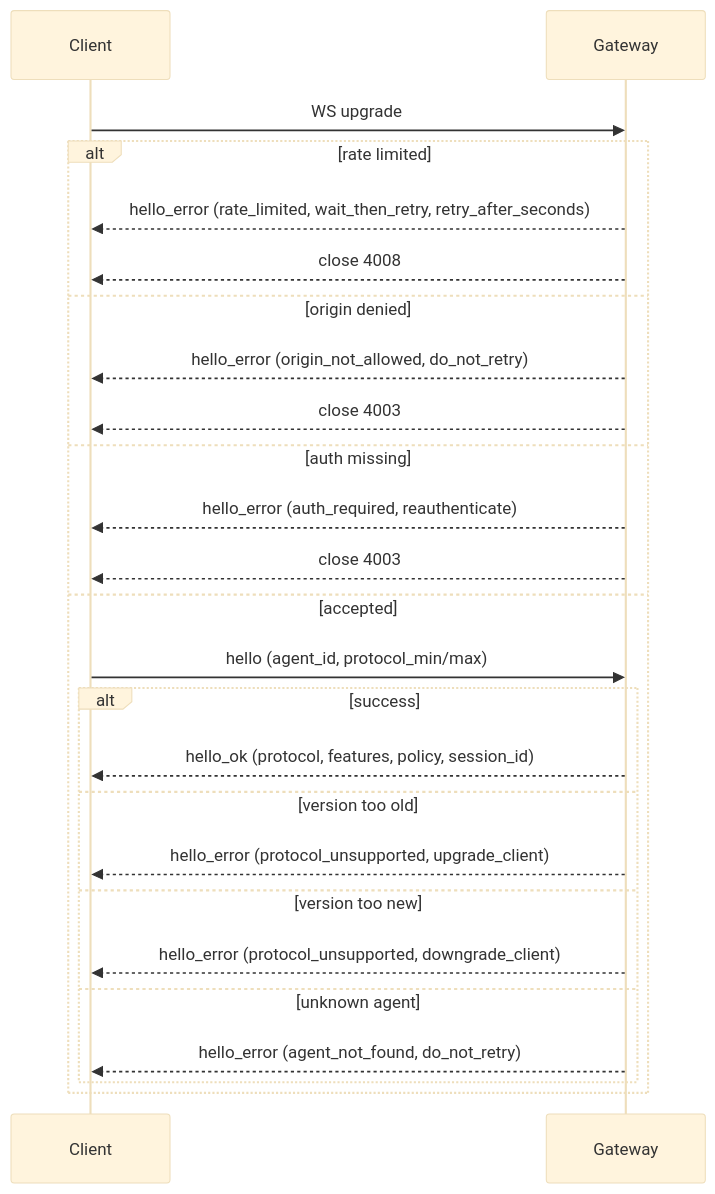
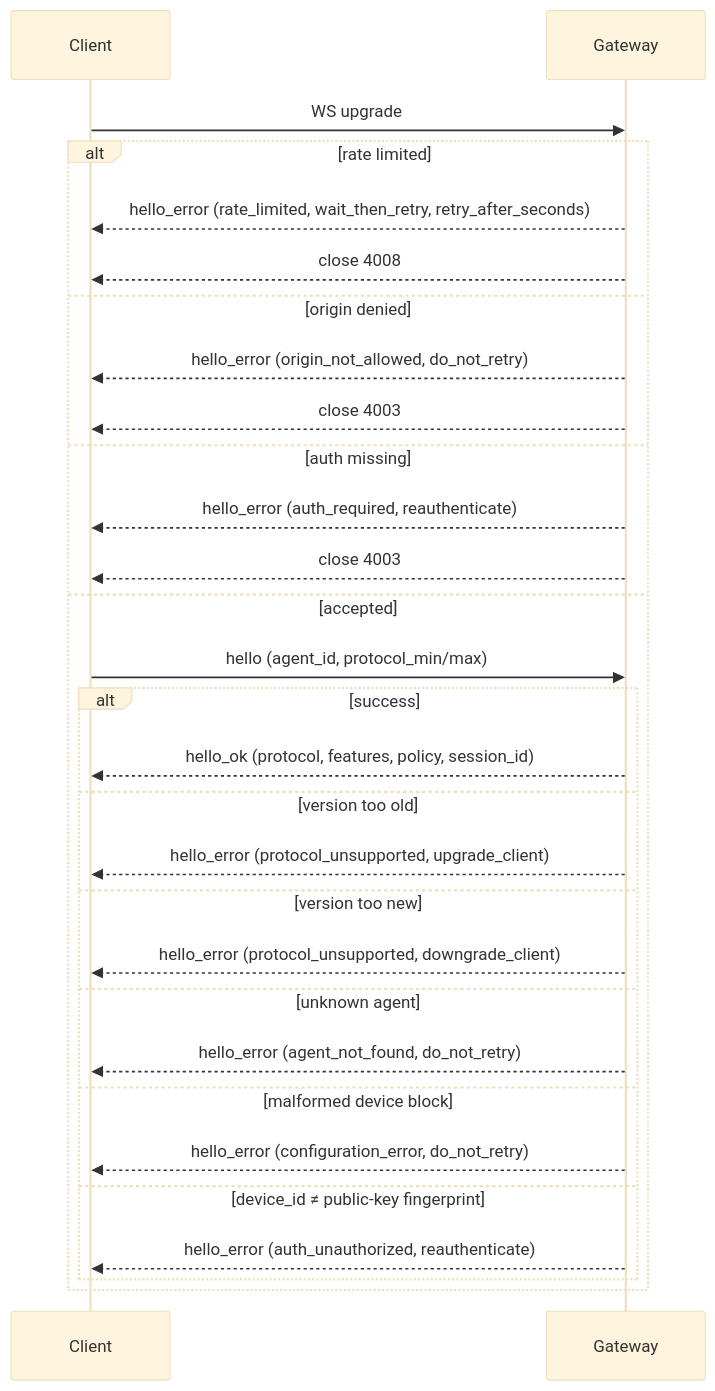
Before and after one commit to MervinPraison/PraisonAIDocs: the second of 3 diagrams in docs/features/gateway-handshake-protocol.mdx, drawn with Mermaid (base theme). The commit also changed other lines of this file and 2 other files, not shown here.

Commit message:
fix: document gateway device-identity handshake contract (fixes #4706)

````diff
--- a/docs/features/gateway-handshake-protocol.mdx
+++ b/docs/features/gateway-handshake-protocol.mdx
@@ -111,28 +133,32 @@
 ```mermaid
 sequenceDiagram
     participant Client
     participant Gateway
 
     Client->>Gateway: WS upgrade
     alt rate limited
         Gateway-->>Client: hello_error (rate_limited, wait_then_retry, retry_after_seconds)
         Gateway-->>Client: close 4008
     else origin denied
         Gateway-->>Client: hello_error (origin_not_allowed, do_not_retry)
         Gateway-->>Client: close 4003
     else auth missing
         Gateway-->>Client: hello_error (auth_required, reauthenticate)
         Gateway-->>Client: close 4003
     else accepted
         Client->>Gateway: hello (agent_id, protocol_min/max)
         alt success
             Gateway-->>Client: hello_ok (protocol, features, policy, session_id)
         else version too old
             Gateway-->>Client: hello_error (protocol_unsupported, upgrade_client)
         else version too new
             Gateway-->>Client: hello_error (protocol_unsupported, downgrade_client)
         else unknown agent
             Gateway-->>Client: hello_error (agent_not_found, do_not_retry)
+        else malformed device block
+            Gateway-->>Client: hello_error (configuration_error, do_not_retry)
+        else device_id ≠ public-key fingerprint
+            Gateway-->>Client: hello_error (auth_unauthorized, reauthenticate)
         end
     end
 ```
````
